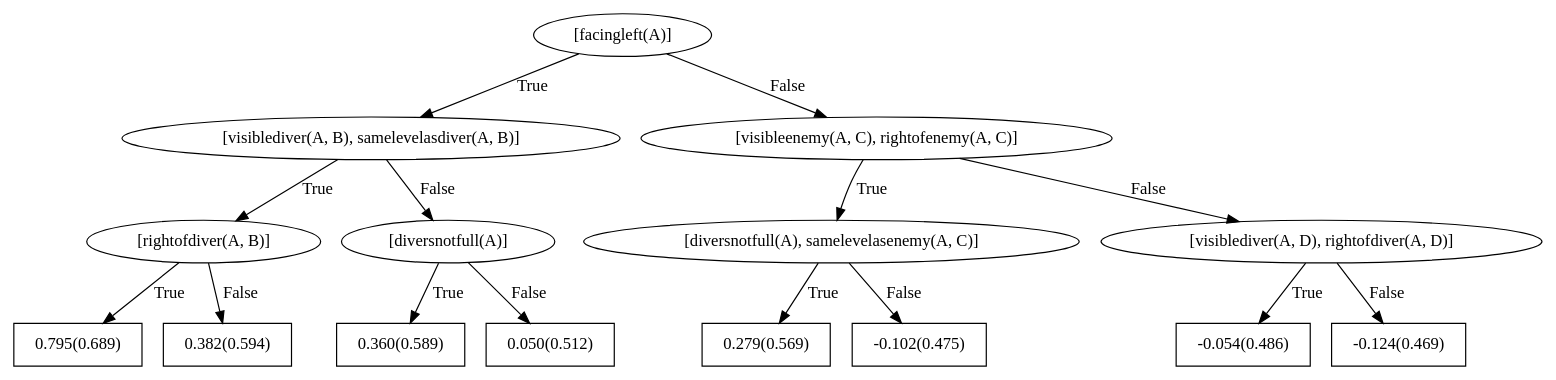
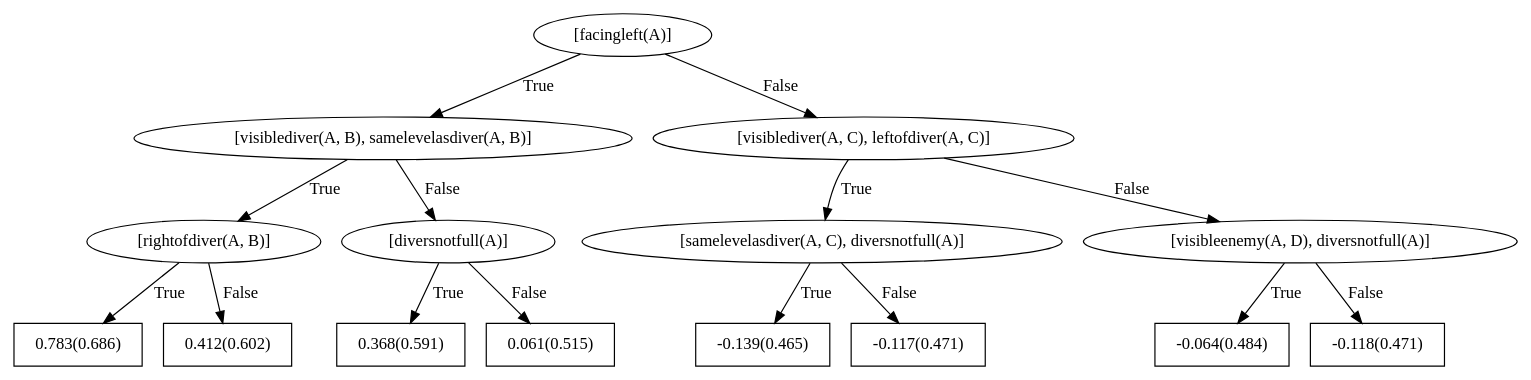
Before and after one commit to nikhileshp/NeSY-Imitation-Learning: the diagram in rdn_models/seaquest/weighted_1object_negpos_2_trees_1_depth_2/left/bRDNs/dotFiles/WILLTreeFor_left0.dot, drawn with Graphviz. The commit also changed 481 other files, not shown here.

```diff
--- a/rdn_models/seaquest/weighted_1object_negpos_2_trees_1_depth_2/left/bRDNs/dotFiles/WILLTreeFor_left0.dot
+++ b/rdn_models/seaquest/weighted_1object_negpos_2_trees_1_depth_2/left/bRDNs/dotFiles/WILLTreeFor_left0.dot
@@ -1,31 +1,31 @@
 digraph G{ 
 1[label = "[facingleft(A)]"];
 1 -> 2[label="True"];
 1 -> 3[label="False"];
 2[label = "[visiblediver(A, B), samelevelasdiver(A, B)]"];
 2 -> 4[label="True"];
 2 -> 5[label="False"];
 4[label = "[rightofdiver(A, B)]"];
 4 -> 6[label="True"];
 4 -> 7[label="False"];
-6[shape = box,label = "0.795(0.689)"];
-7[shape = box,label = "0.382(0.594)"];
+6[shape = box,label = "0.783(0.686)"];
+7[shape = box,label = "0.412(0.602)"];
 5[label = "[diversnotfull(A)]"];
 5 -> 8[label="True"];
 5 -> 9[label="False"];
-8[shape = box,label = "0.360(0.589)"];
-9[shape = box,label = "0.050(0.512)"];
-3[label = "[visibleenemy(A, C), rightofenemy(A, C)]"];
+8[shape = box,label = "0.368(0.591)"];
+9[shape = box,label = "0.061(0.515)"];
+3[label = "[visiblediver(A, C), leftofdiver(A, C)]"];
 3 -> 10[label="True"];
 3 -> 11[label="False"];
-10[label = "[diversnotfull(A), samelevelasenemy(A, C)]"];
+10[label = "[samelevelasdiver(A, C), diversnotfull(A)]"];
 10 -> 12[label="True"];
 10 -> 13[label="False"];
-12[shape = box,label = "0.279(0.569)"];
-13[shape = box,label = "-0.102(0.475)"];
-11[label = "[visiblediver(A, D), rightofdiver(A, D)]"];
+12[shape = box,label = "-0.139(0.465)"];
+13[shape = box,label = "-0.117(0.471)"];
+11[label = "[visibleenemy(A, D), diversnotfull(A)]"];
 11 -> 14[label="True"];
 11 -> 15[label="False"];
-14[shape = box,label = "-0.054(0.486)"];
-15[shape = box,label = "-0.124(0.469)"];
+14[shape = box,label = "-0.064(0.484)"];
+15[shape = box,label = "-0.118(0.471)"];
 }
```
